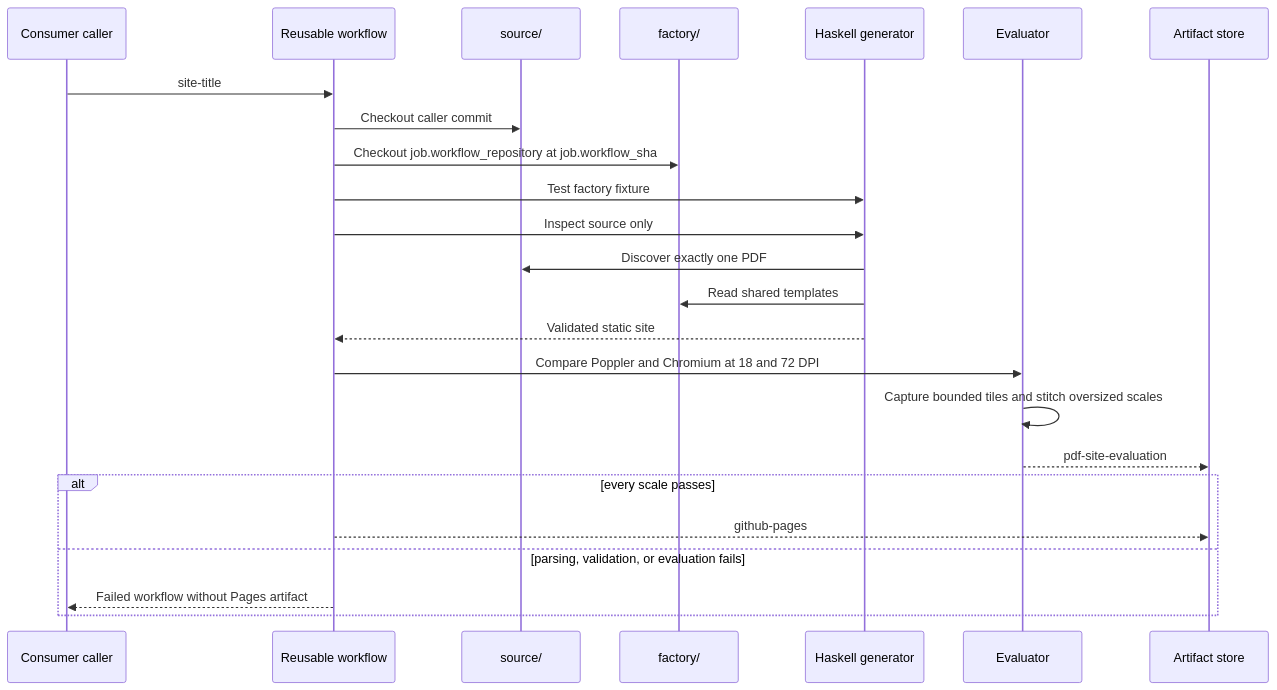
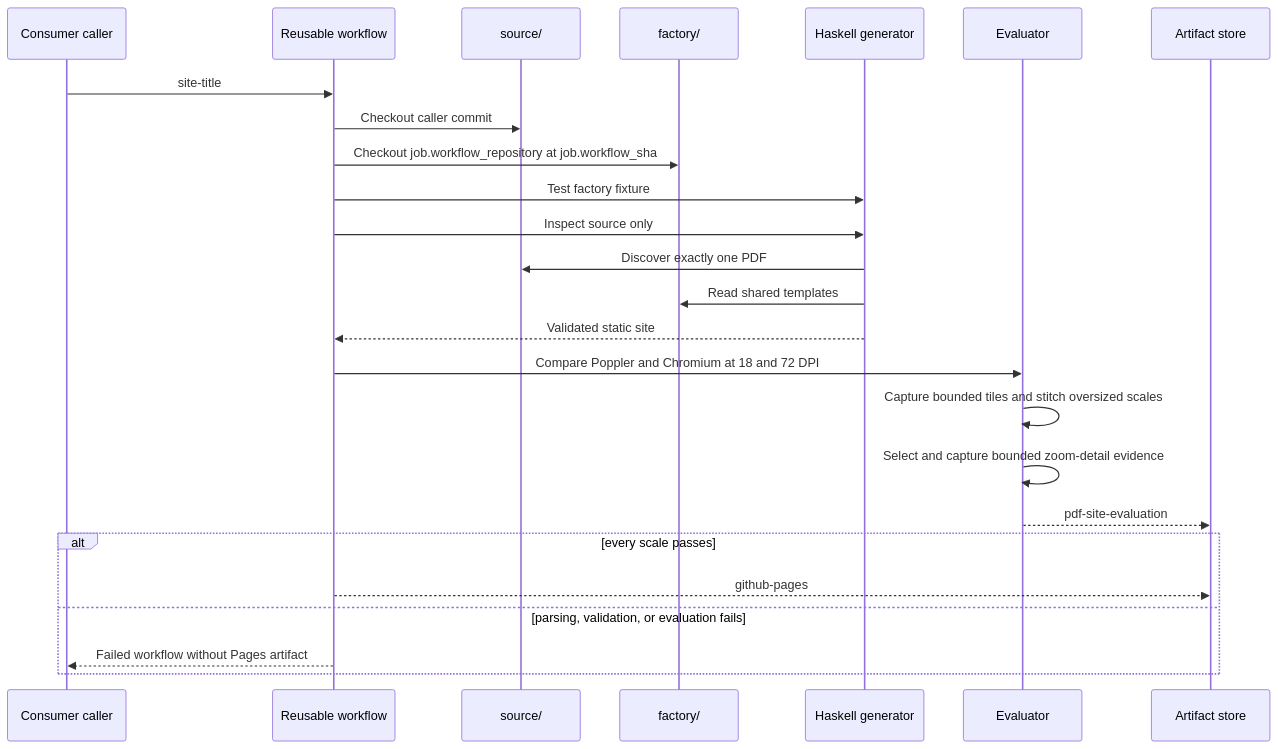
The second of 3 diagrams in docs/architecture.md (bajor/notes-website-factory-workflow), drawn with Mermaid before and after one commit. The commit also changed other lines of this file and 9 other files, not shown here.

Commit message:
Document zoom detail evaluation

````diff
--- a/docs/architecture.md
+++ b/docs/architecture.md
@@ -44,27 +44,28 @@
 ```mermaid
 sequenceDiagram
   participant C as Consumer caller
   participant W as Reusable workflow
   participant S as source/
   participant F as factory/
   participant G as Haskell generator
   participant E as Evaluator
   participant A as Artifact store
 
   C->>W: site-title
   W->>S: Checkout caller commit
   W->>F: Checkout job.workflow_repository at job.workflow_sha
   W->>G: Test factory fixture
   W->>G: Inspect source only
   G->>S: Discover exactly one PDF
   G->>F: Read shared templates
   G-->>W: Validated static site
   W->>E: Compare Poppler and Chromium at 18 and 72 DPI
-  E->>E: Capture bounded tiles and stitch oversized scales
+   E->>E: Capture bounded tiles and stitch oversized scales
+   E->>E: Select and capture bounded zoom-detail evidence
   E-->>A: pdf-site-evaluation
   alt every scale passes
     W-->>A: github-pages
   else parsing, validation, or evaluation fails
     W-->>C: Failed workflow without Pages artifact
   end
 ```
````
